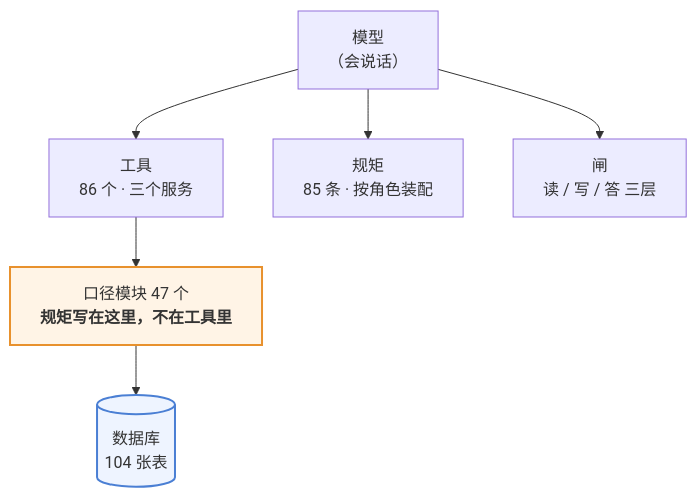
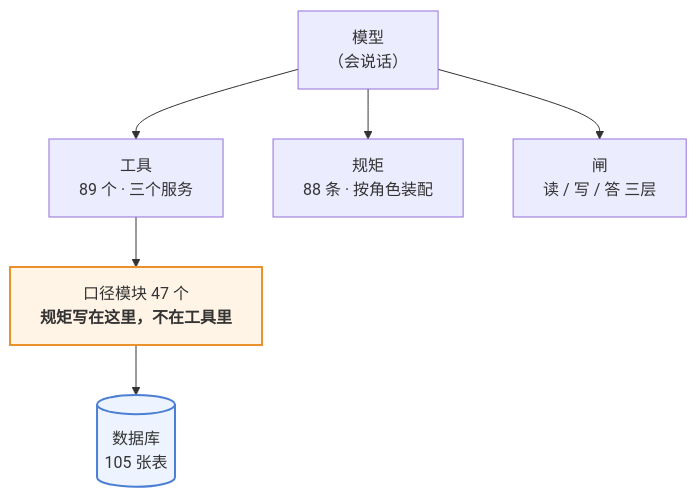
The first of 3 diagrams in 澜绣云裳agent-产品说明.md (843773296-rgb/lanxiu-yunshang-agent), drawn with Mermaid before and after one commit. The commit also changed other lines of this file and 13 other files, not shown here.

````diff
--- a/澜绣云裳agent-产品说明.md
+++ b/澜绣云裳agent-产品说明.md
@@ -62,12 +62,12 @@
 ```mermaid
 flowchart TD
     M["模型<br/>（会说话）"]
-    M --> T["工具<br/>86 个 · 三个服务"]
-    M --> R["规矩<br/>85 条 · 按角色装配"]
+    M --> T["工具<br/>89 个 · 三个服务"]
+    M --> R["规矩<br/>88 条 · 按角色装配"]
     M --> G["闸<br/>读 / 写 / 答 三层"]
     T --> K["口径模块 47 个<br/><b>规矩写在这里，不在工具里</b>"]
-    K --> DB[("数据库<br/>104 张表")]
+    K --> DB[("数据库<br/>105 张表")]
 
     style K fill:#fff4e6,stroke:#e8912d,stroke-width:2px
     style DB fill:#eef4ff,stroke:#4a7fd4,stroke-width:2px
 ```
````
